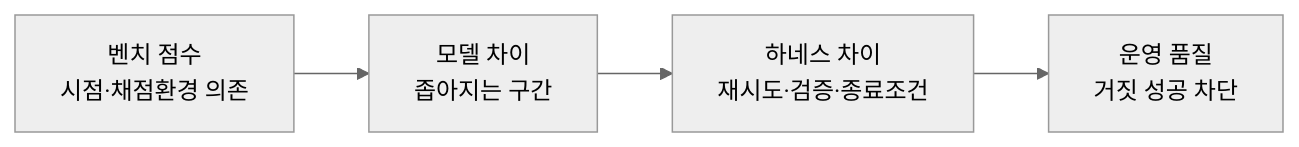
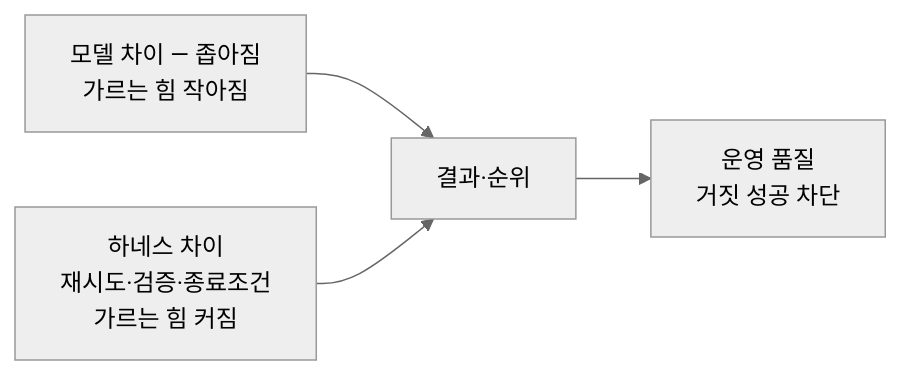
Before and after one commit to Yo-sure/deepagents-handson: the second of 7 diagrams in books/md/Chapter 1. Kick-off & Agent 패러다임.md, drawn with Mermaid (neutral theme). The commit also changed other lines of this file, not shown here.

Commit message:
Ch1: 하네스 절 가독·출처 보강 — 개념도 재설계 + 심화/배지 인라인 링크
- 개념도 머메이드: 벤치→모델→하네스→운영 '일직선 사슬'(인과 오독)을 폐기,
  모델·하네스 두 입력이 결과로 수렴하고 '가르는 힘이 모델→하네스로 이동'함을
  보이는 그림으로 교체. 캡션도 '무게중심 이동'으로 평이하게 재작성.
- 20B 심화 박스에 출처 인라인: arxiv 2606.02373(Harness-1, gpt-oss-20b 베이스
  WebFetch/검색 재확인) + 코드(github pat-jj/harness-1).
- 컨텍스트 배지 3종(Liu 2307.03172·Shi 2302.00093·vLLM 2309.06180)을
  arxiv 링크로(배지 모양 유지). 참고문헌(line 786)과 동일 출처.

Claude-Session: https://claude.ai/code/session_01FEFxSTFNXmVHiZsjwBUX7j

````diff
--- a/books/md/Chapter 1. Kick-off & Agent 패러다임.md
+++ b/books/md/Chapter 1. Kick-off & Agent 패러다임.md
@@ -137,6 +137,6 @@
 ```mermaid
 flowchart LR
-    B["벤치 점수<br/>시점·채점환경 의존"] --> M["모델 차이<br/>좁아지는 구간"]
-    M --> H["하네스 차이<br/>재시도·검증·종료조건"]
-    H --> O["운영 품질<br/>거짓 성공 차단"]
+    M["모델 차이 — 좁아짐<br/>가르는 힘 작아짐"] --> R["결과·순위"]
+    H["하네스 차이<br/>재시도·검증·종료조건<br/>가르는 힘 커짐"] --> R
+    R --> O["운영 품질<br/>거짓 성공 차단"]
 ```
````
